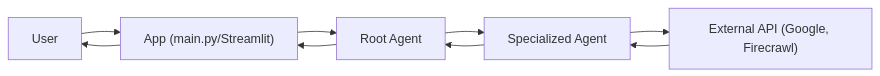
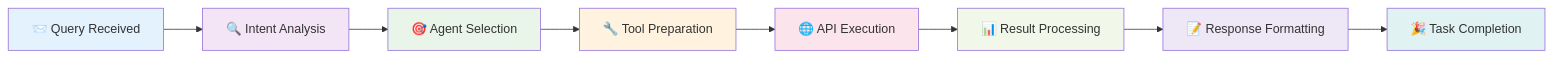
The third of 5 diagrams in README.md (nerdy1texan/AgenticBot), drawn with Mermaid before and after one commit. The commit also changed other lines of this file and 9 other files, not shown here.

Commit message:
Added enhancements: history, agent execution log, updated documentation

````diff
--- a/README.md
+++ b/README.md
@@ -115,11 +257,19 @@
 ```mermaid
 flowchart LR
-    A["User"] --> B["App (main.py/Streamlit)"]
-    B --> C["Root Agent"]
-    C --> D["Specialized Agent"]
-    D --> E["External API (Google, Firecrawl)"]
-    E --> D
-    D --> C
-    C --> B
-    B --> A
+    A["📨 Query Received"] --> B["🔍 Intent Analysis"]
+    B --> C["🎯 Agent Selection"]
+    C --> D["🔧 Tool Preparation"]
+    D --> E["🌐 API Execution"]
+    E --> F["📊 Result Processing"]
+    F --> G["📝 Response Formatting"]
+    G --> H["🎉 Task Completion"]
+    
+    style A fill:#e3f2fd
+    style B fill:#f3e5f5
+    style C fill:#e8f5e8
+    style D fill:#fff3e0
+    style E fill:#fce4ec
+    style F fill:#f1f8e9
+    style G fill:#ede7f6
+    style H fill:#e0f2f1
 ```
````
